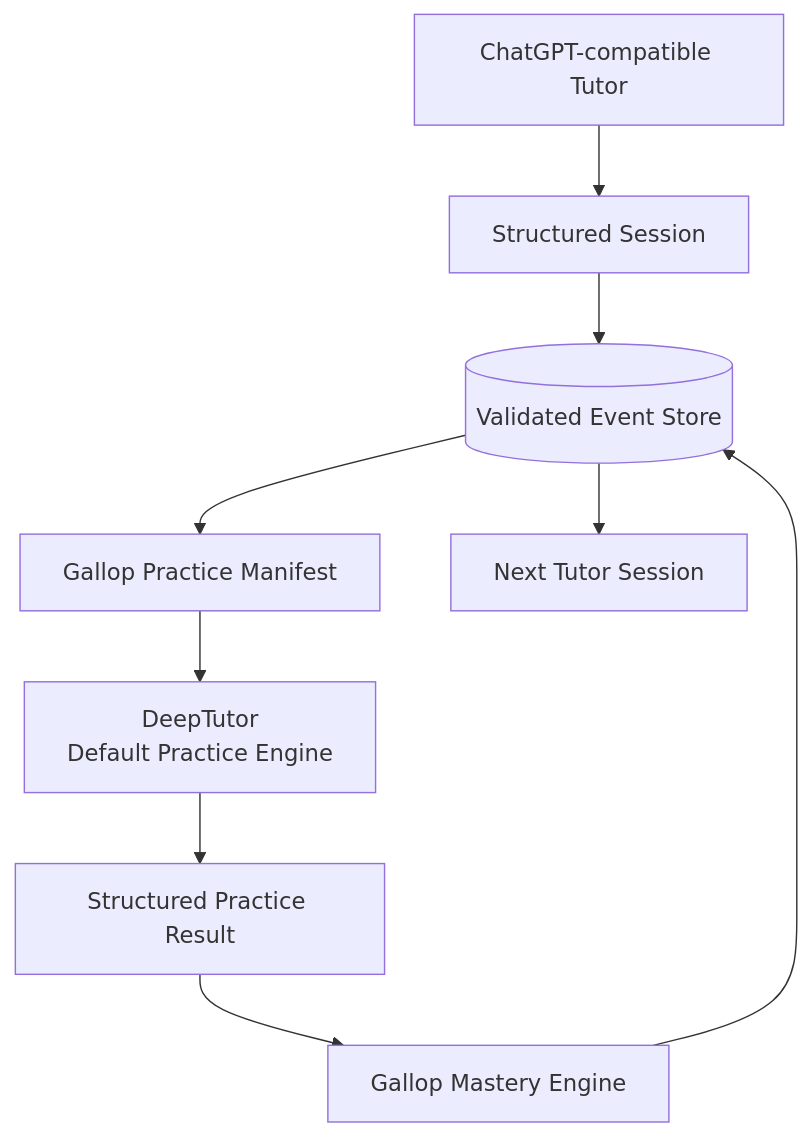
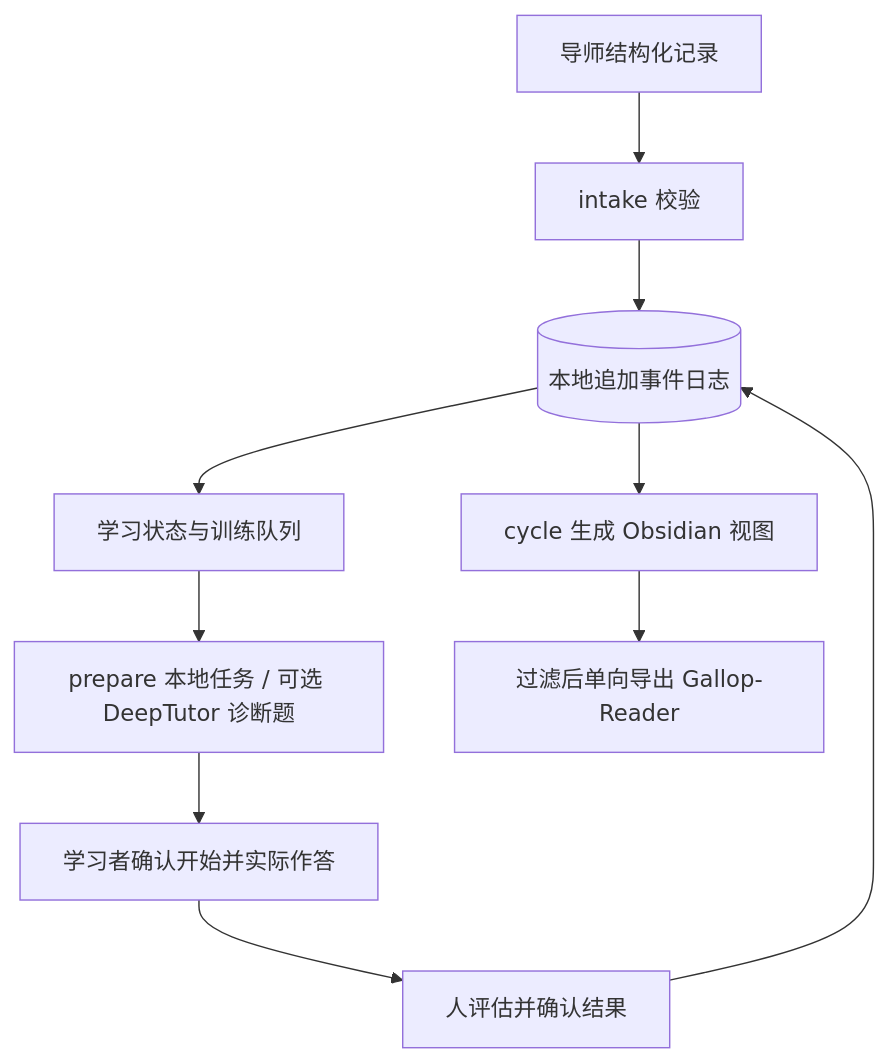
Before and after one commit to lucaschang2021/gallop: the diagram in README.md, drawn with Mermaid. The commit also changed other lines of this file and 11 other files, not shown here.

````diff
--- a/README.md
+++ b/README.md
@@ -34,11 +86,12 @@
 ```mermaid
 flowchart TD
-    A[ChatGPT-compatible Tutor] --> B[Structured Session]
-    B --> C[(Validated Event Store)]
-    C --> D[Gallop Practice Manifest]
-    D --> E[DeepTutor\nDefault Practice Engine]
-    E --> F[Structured Practice Result]
-    F --> G[Gallop Mastery Engine]
-    G --> C
-    C --> H[Next Tutor Session]
+    T[导师结构化记录] --> I[intake 校验]
+    I --> E[(本地追加事件日志)]
+    E --> S[学习状态与训练队列]
+    S --> P[prepare 本地任务 / 可选 DeepTutor 诊断题]
+    P --> H[学习者确认开始并实际作答]
+    H --> A[人评估并确认结果]
+    A --> E
+    E --> V[cycle 生成 Obsidian 视图]
+    V --> R[过滤后单向导出 Gallop-Reader]
 ```
````
